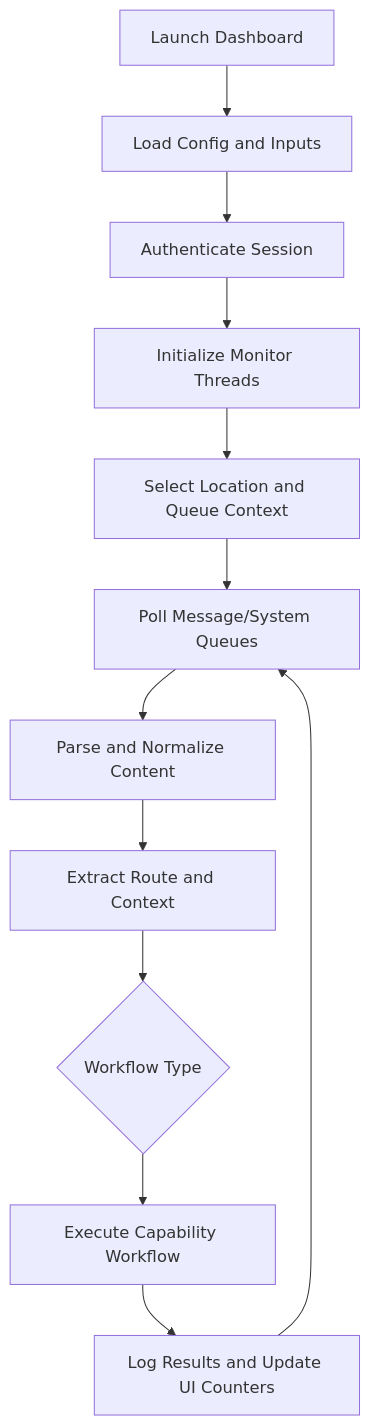
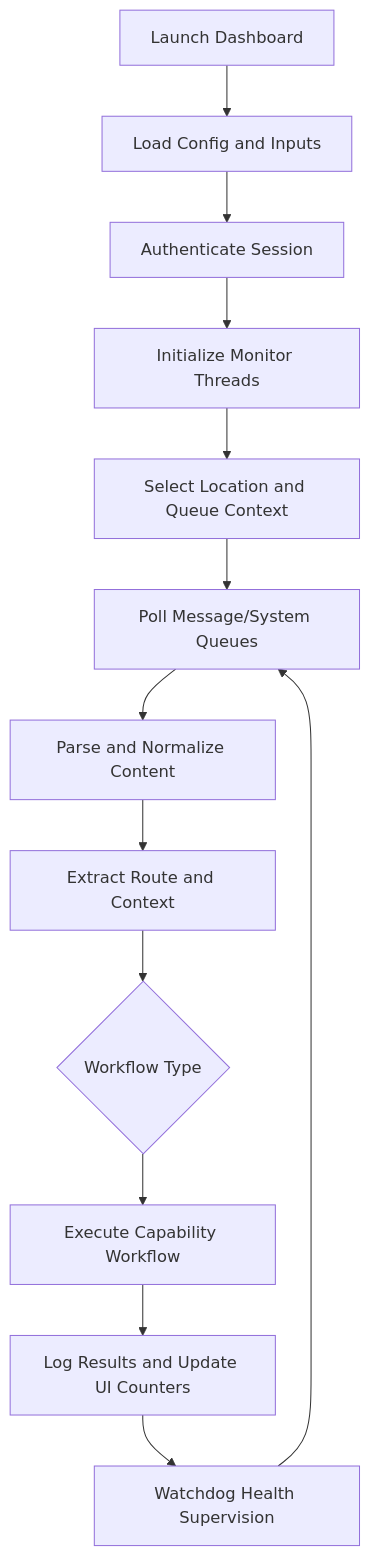
One commit to THESWLLC/ROUTR changed the first of 3 diagrams in README.md. Above: the diagram before and after it, drawn with Mermaid. The commit also changed other lines of this file, not shown here.

````diff
--- a/README.md
+++ b/README.md
@@ -95,14 +101,15 @@
 ```mermaid
 flowchart TD
     A[Launch Dashboard] --> B[Load Config and Inputs]
     B --> C[Authenticate Session]
     C --> D[Initialize Monitor Threads]
     D --> E[Select Location and Queue Context]
     E --> F[Poll Message/System Queues]
     F --> G[Parse and Normalize Content]
     G --> H[Extract Route and Context]
     H --> I{Workflow Type}
     I --> J[Execute Capability Workflow]
     J --> K[Log Results and Update UI Counters]
-    K --> F
+    K --> L[Watchdog Health Supervision]
+    L --> F
 ```
````
